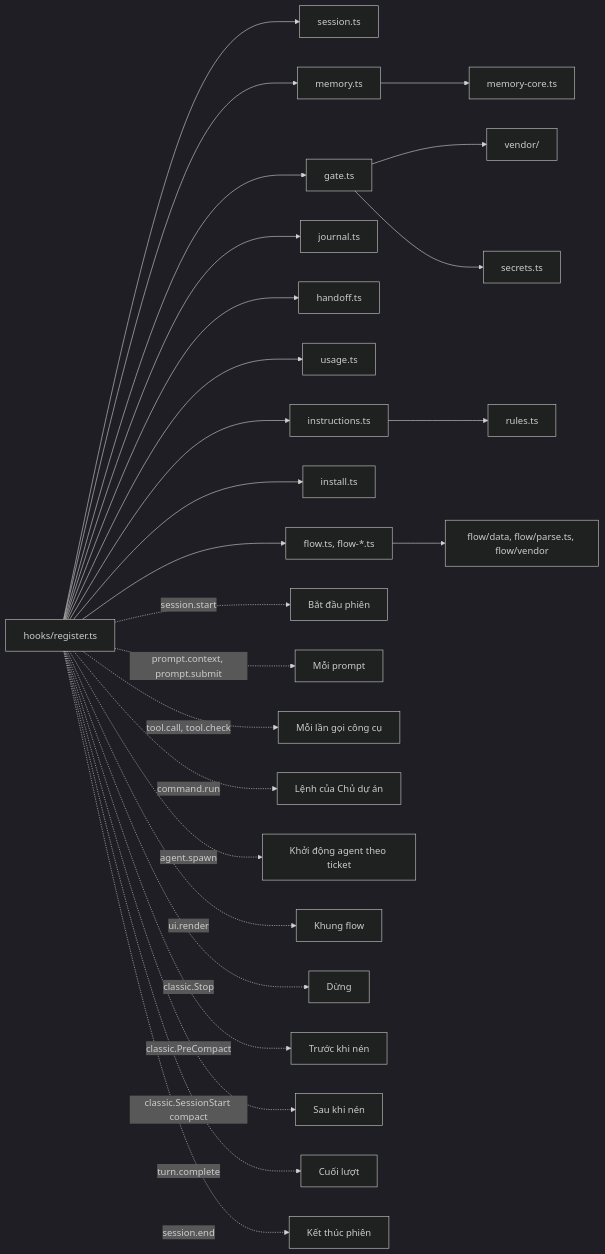
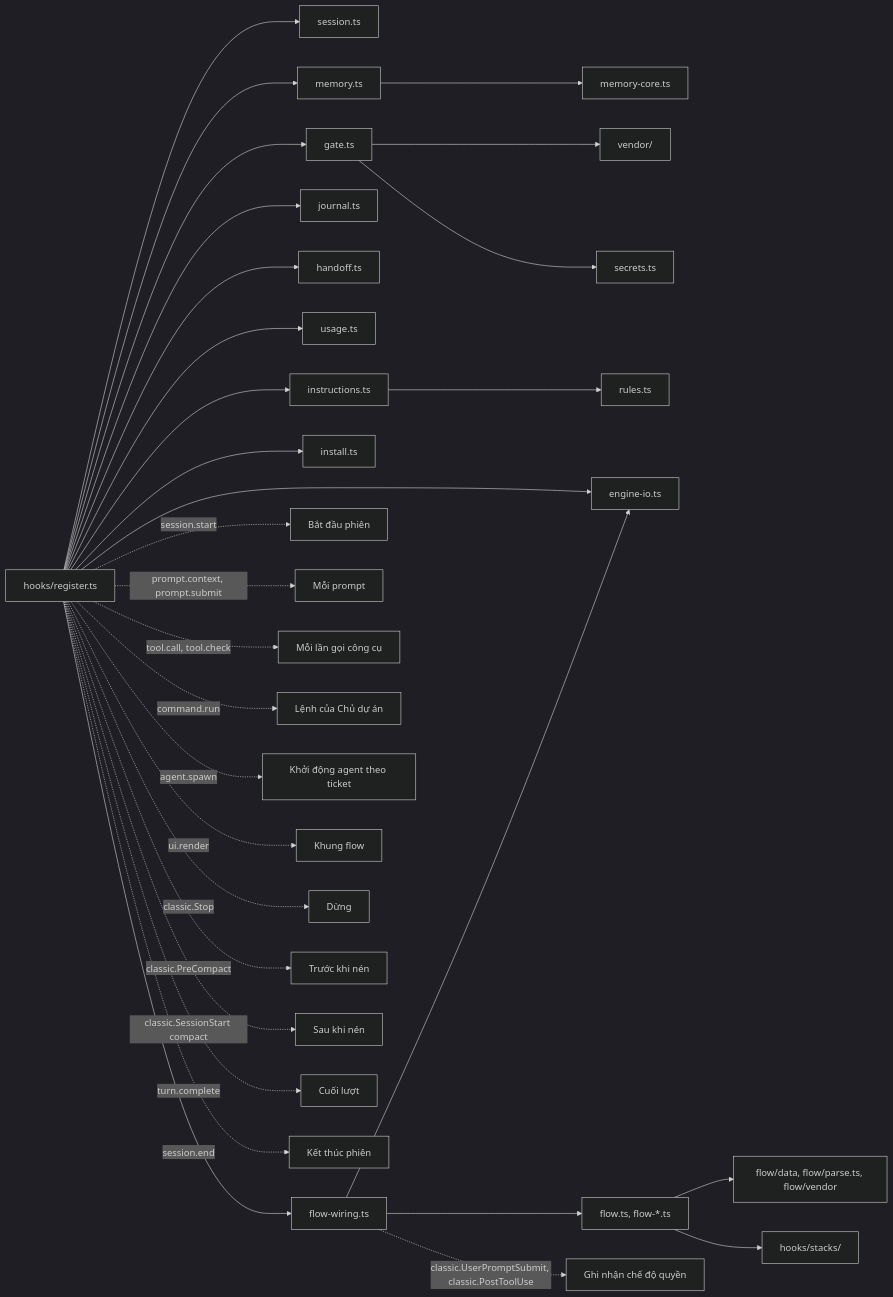
One commit to phantanphatdgteam-gif/snagon-dev-mods changed the diagram in docs/vi/files.md. Above: the diagram before and after it, drawn with Mermaid (dark theme). The commit also changed other lines of this file and 6 other files, not shown here.

````diff
--- a/docs/vi/files.md
+++ b/docs/vi/files.md
@@ -201,29 +230,34 @@
 ```mermaid
 flowchart LR
   R["hooks/register.ts"]
   R --> S["session.ts"]
   R --> M["memory.ts"]
   M --> MC["memory-core.ts"]
   R --> G["gate.ts"]
   G --> V["vendor/"]
   G --> X["secrets.ts"]
   R --> J["journal.ts"]
   R --> H["handoff.ts"]
   R --> U["usage.ts"]
   R --> I["instructions.ts"]
   I --> RU["rules.ts"]
   R --> N["install.ts"]
-  R --> F["flow.ts, flow-*.ts"]
+  R --> EIO["engine-io.ts"]
+  R --> W["flow-wiring.ts"]
+  W --> EIO
+  W --> F["flow.ts, flow-*.ts"]
   F --> FD["flow/data, flow/parse.ts, flow/vendor"]
+  F --> ST["hooks/stacks/"]
   R -.->|session.start| E1["Bắt đầu phiên"]
   R -.->|prompt.context, prompt.submit| E2["Mỗi prompt"]
   R -.->|tool.call, tool.check| E3["Mỗi lần gọi công cụ"]
+  W -.->|classic.UserPromptSubmit, classic.PostToolUse| E12["Ghi nhận chế độ quyền"]
   R -.->|command.run| E9["Lệnh của Chủ dự án"]
   R -.->|agent.spawn| E10["Khởi động agent theo ticket"]
   R -.->|ui.render| E11["Khung flow"]
   R -.->|classic.Stop| E4["Dừng"]
   R -.->|classic.PreCompact| E5["Trước khi nén"]
   R -.->|classic.SessionStart compact| E6["Sau khi nén"]
   R -.->|turn.complete| E7["Cuối lượt"]
   R -.->|session.end| E8["Kết thúc phiên"]
 ```
````
